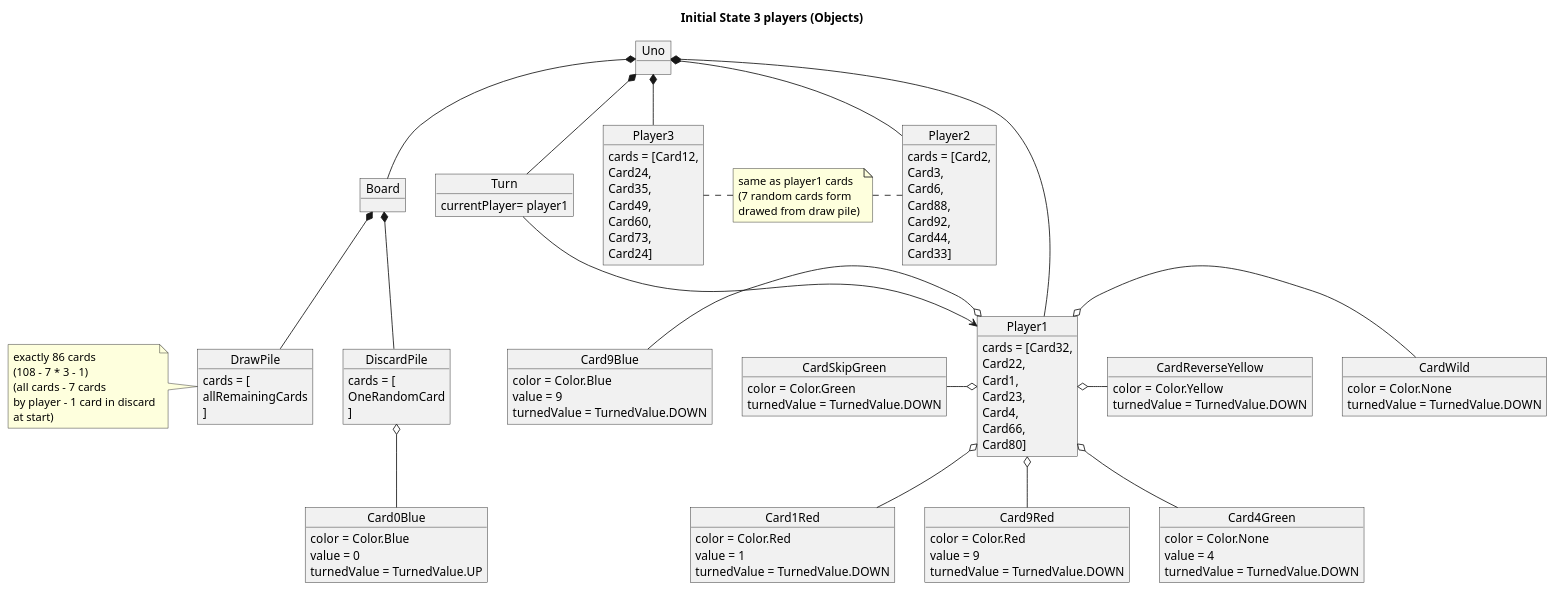
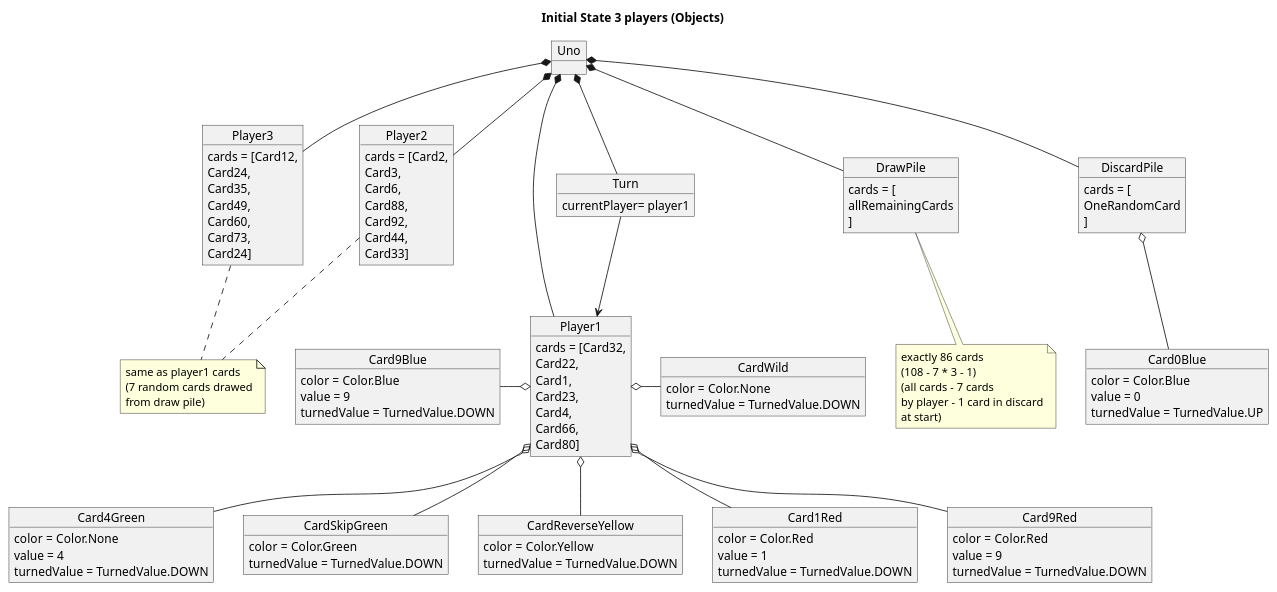
The diagram in UNO-Objects-InitialState.puml (x-USantaTecla-game-uno/requirements), drawn with PlantUML before and after one commit. The commit also changed 14 other files, not shown here.

```diff
--- a/UNO-Objects-InitialState.puml
+++ b/UNO-Objects-InitialState.puml
@@ -1,152 +1,144 @@
 @startuml
 
 title Initial State 3 players (Objects)
 
 
 object "Uno" as Uno {
 }
-
-object "Board" as Board {
-}
-
-
-
 
 object "Player1" as Player1{
     cards = [Card32,
         Card22,
         Card1,
         Card23,
         Card4,
         Card66,
         Card80]
 }
 
 object "Player2" as Player2{
     cards = [Card2,
         Card3,
         Card6,
         Card88,
         Card92,
         Card44,
         Card33]
 }
 
 object "Player3" as Player3{
     cards = [Card12,
         Card24,
         Card35,
         Card49,
         Card60,
         Card73,
         Card24]
 }
-
 
 object "Turn" as Turn {
     currentPlayer= player1
 }
 
 
 object "Card0Blue" as Card0Blue {
     color = Color.Blue
     value = 0
     turnedValue = TurnedValue.UP
 }
 
 object "Card4Green" as Card4Green {
     color = Color.None
     value = 4
     turnedValue = TurnedValue.DOWN
 }
 
 object "CardSkipGreen" as CardSkipGreen {
     color = Color.Green
     turnedValue = TurnedValue.DOWN
 }
 
 
 object "CardReverseYellow" as CardReverseYellow {
     color = Color.Yellow
     turnedValue = TurnedValue.DOWN
 }
 
 
 object "CardWild" as CardWild {
     color = Color.None
     turnedValue = TurnedValue.DOWN
 }
 
 object "Card9Blue" as Card9Blue {
     color = Color.Blue
     value = 9
     turnedValue = TurnedValue.DOWN
 }
 
 object "Card1Red" as Card1Red {
     color = Color.Red
     value = 1
     turnedValue = TurnedValue.DOWN
 }
 
 
 object "Card9Red" as Card9Red {
     color = Color.Red
     value = 9
     turnedValue = TurnedValue.DOWN
 }
 
 object "DrawPile" as DrawPile {
     cards = [
         allRemainingCards
         ]
 }
 
-note left of DrawPile
+note bottom of DrawPile
     exactly 86 cards
     (108 - 7 * 3 - 1)
     (all cards - 7 cards 
     by player - 1 card in discard
     at start)
 endnote
 
 
 object "DiscardPile" as DiscardPile {
     cards = [
             OneRandomCard
         ]
 }
 
 
-Uno *-- Board
 Uno *-- Player1
 Uno *-- Player2
 Uno *-- Player3
 Uno *-- Turn
 
 Turn --> Player1
 
-Board *-- DrawPile
-Board *-- DiscardPile
+Uno *-- DrawPile
+Uno *-- DiscardPile
 
 
 DiscardPile o-- Card0Blue
 
-Player1 o-left- CardSkipGreen
+Player1 o-- CardSkipGreen
 Player1 o-left- Card9Blue
 Player1 o-- Card9Red
 Player1 o-- Card1Red
 Player1 o-- Card4Green
 Player1 o-right- CardWild
-Player1 o-right- CardReverseYellow
+Player1 o-- CardReverseYellow
 
 note as PlayerCardsNote
     same as player1 cards
-    (7 random cards form
-    drawed from draw pile)
+    (7 random cards drawed
+    from draw pile)
 endnote
 
-PlayerCardsNote .right. Player2
-PlayerCardsNote .right. Player3
+PlayerCardsNote .up. Player2
+PlayerCardsNote .up. Player3
 
 @enduml
```
